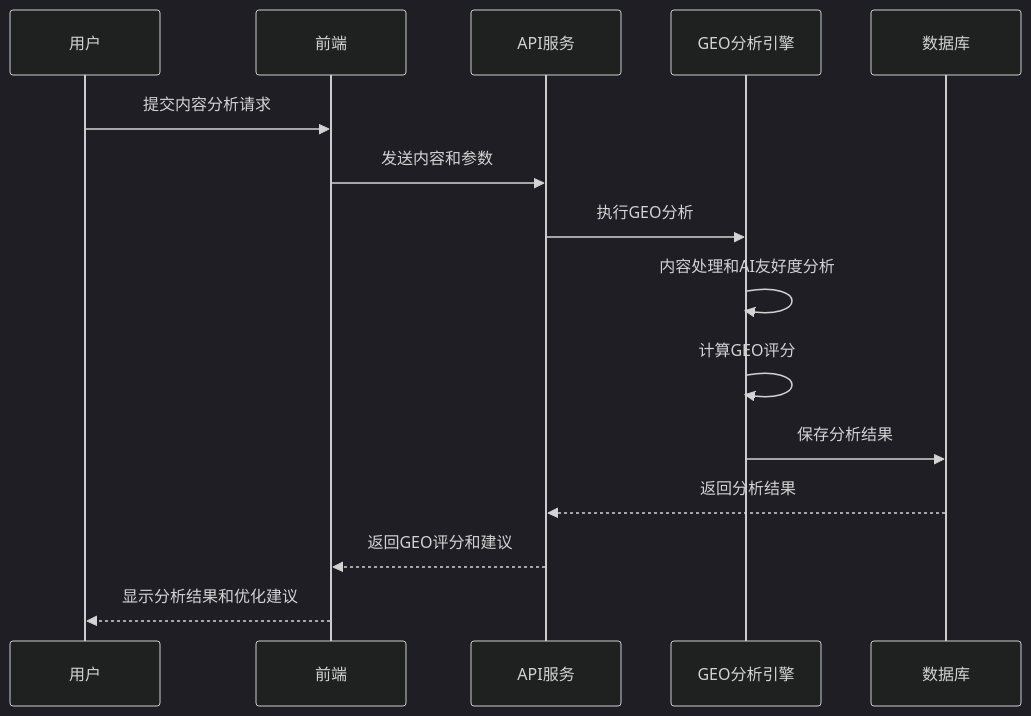
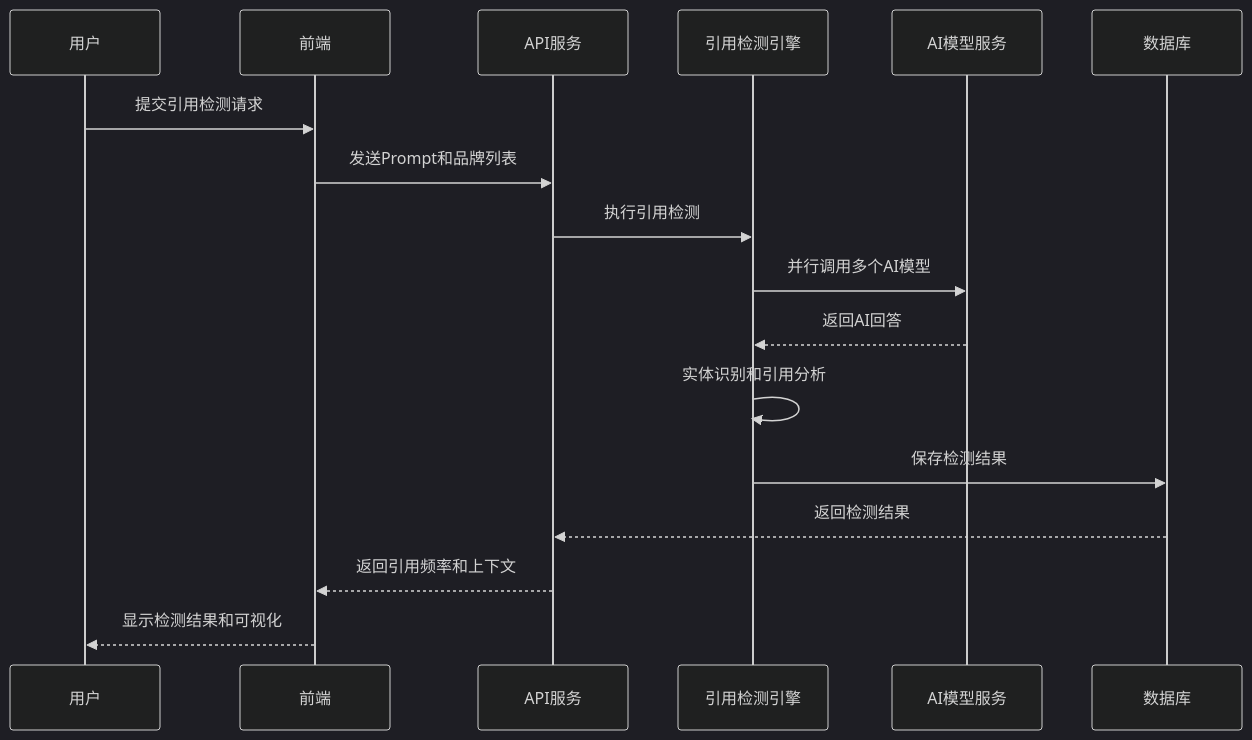
One commit to franksunye/GeoLens changed the second of 2 diagrams in docs/10_ARCHITECTURE.md. Above: the diagram before and after it, drawn with Mermaid (dark theme). The commit also changed other lines of this file and 4 other files, not shown here.

````diff
--- a/docs/10_ARCHITECTURE.md
+++ b/docs/10_ARCHITECTURE.md
@@ -183,18 +183,20 @@
 ```mermaid
 sequenceDiagram
     participant U as 用户
     participant F as 前端
     participant API as API服务
-    participant GEO as GEO分析引擎
+    participant MD as 引用检测引擎
+    participant AI as AI模型服务
     participant D as 数据库
 
-    U->>F: 提交内容分析请求
-    F->>API: 发送内容和参数
-    API->>GEO: 执行GEO分析
-    GEO->>GEO: 内容处理和AI友好度分析
-    GEO->>GEO: 计算GEO评分
-    GEO->>D: 保存分析结果
-    D-->>API: 返回分析结果
-    API-->>F: 返回GEO评分和建议
-    F-->>U: 显示分析结果和优化建议
+    U->>F: 提交引用检测请求
+    F->>API: 发送Prompt和品牌列表
+    API->>MD: 执行引用检测
+    MD->>AI: 并行调用多个AI模型
+    AI-->>MD: 返回AI回答
+    MD->>MD: 实体识别和引用分析
+    MD->>D: 保存检测结果
+    D-->>API: 返回检测结果
+    API-->>F: 返回引用频率和上下文
+    F-->>U: 显示检测结果和可视化
 ```
````
